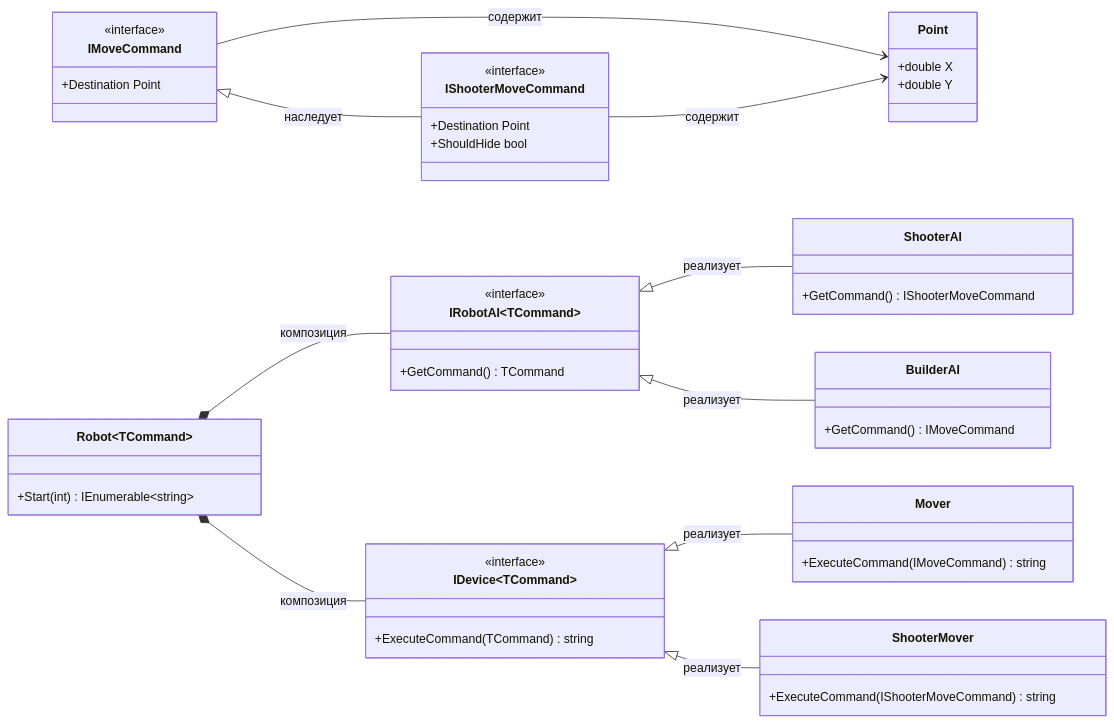
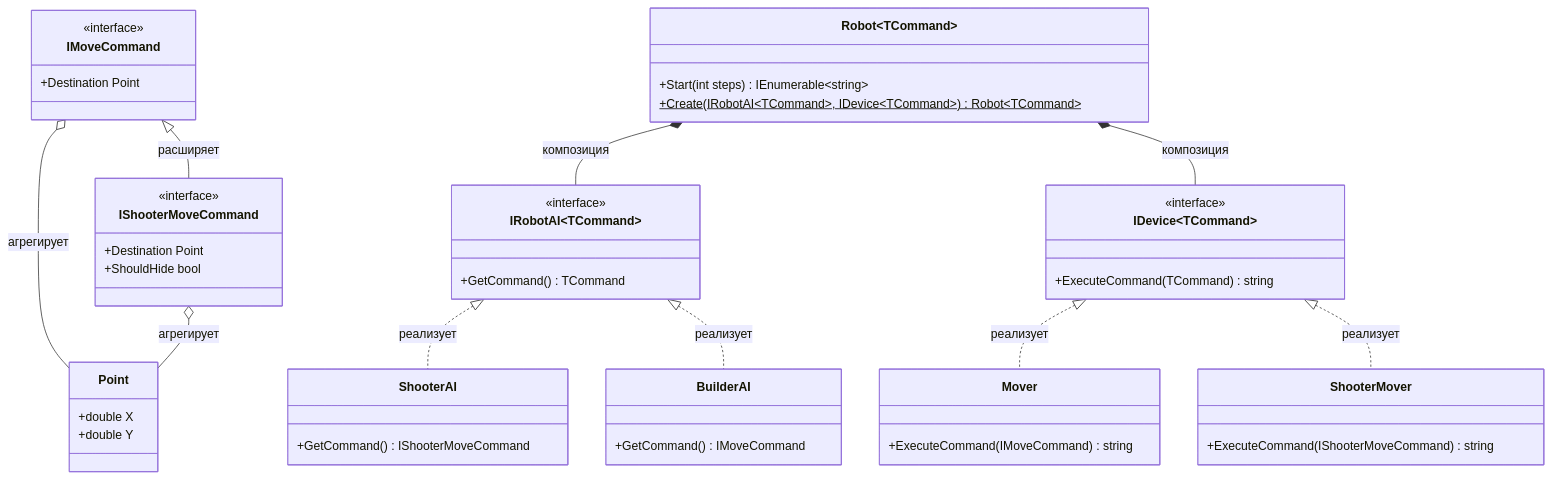
Before and after one commit to N1kZHub/practice-csharp-2026: the diagram in robots.md, drawn with Mermaid.

````diff
--- a/robots.md
+++ b/robots.md
@@ -9,63 +9,63 @@
 ```mermaid
 classDiagram
-    direction LR
     
     class Point {
         +double X
         +double Y
     }
     
     class IMoveCommand {
         <<interface>>
         +Destination Point
     }
     
     class IShooterMoveCommand {
         <<interface>>
         +Destination Point
         +ShouldHide bool
     }
     
     class IRobotAI~TCommand~ {
         <<interface>>
         +GetCommand() TCommand
     }
     
     class IDevice~TCommand~ {
         <<interface>>
         +ExecuteCommand(TCommand) string
     }
     
     class Robot~TCommand~ {
-        +Start(int) IEnumerable~string~
+        +Start(int steps) IEnumerable~string~
+        +Create(IRobotAI~TCommand~, IDevice~TCommand~) Robot~TCommand~$
     }
     
     class ShooterAI {
         +GetCommand() IShooterMoveCommand
     }
     
     class BuilderAI {
         +GetCommand() IMoveCommand
     }
     
     class Mover {
         +ExecuteCommand(IMoveCommand) string
     }
     
     class ShooterMover {
         +ExecuteCommand(IShooterMoveCommand) string
     }
     
-    IMoveCommand <|-- IShooterMoveCommand : наследует
-    IMoveCommand --> Point : содержит
-    IShooterMoveCommand --> Point : содержит
+    IMoveCommand <|-- IShooterMoveCommand : расширяет
+    IMoveCommand o-- Point : агрегирует
+    IShooterMoveCommand o-- Point : агрегирует
     
-    IRobotAI~TCommand~ <|-- ShooterAI : реализует
-    IRobotAI~TCommand~ <|-- BuilderAI : реализует
+    IRobotAI~TCommand~ <|.. ShooterAI : реализует
+    IRobotAI~TCommand~ <|.. BuilderAI : реализует
     
-    IDevice~TCommand~ <|-- Mover : реализует
-    IDevice~TCommand~ <|-- ShooterMover : реализует
+    IDevice~TCommand~ <|.. Mover : реализует
+    IDevice~TCommand~ <|.. ShooterMover : реализует
     
     Robot~TCommand~ *-- IRobotAI~TCommand~ : композиция
     Robot~TCommand~ *-- IDevice~TCommand~ : композиция
 ```
````
